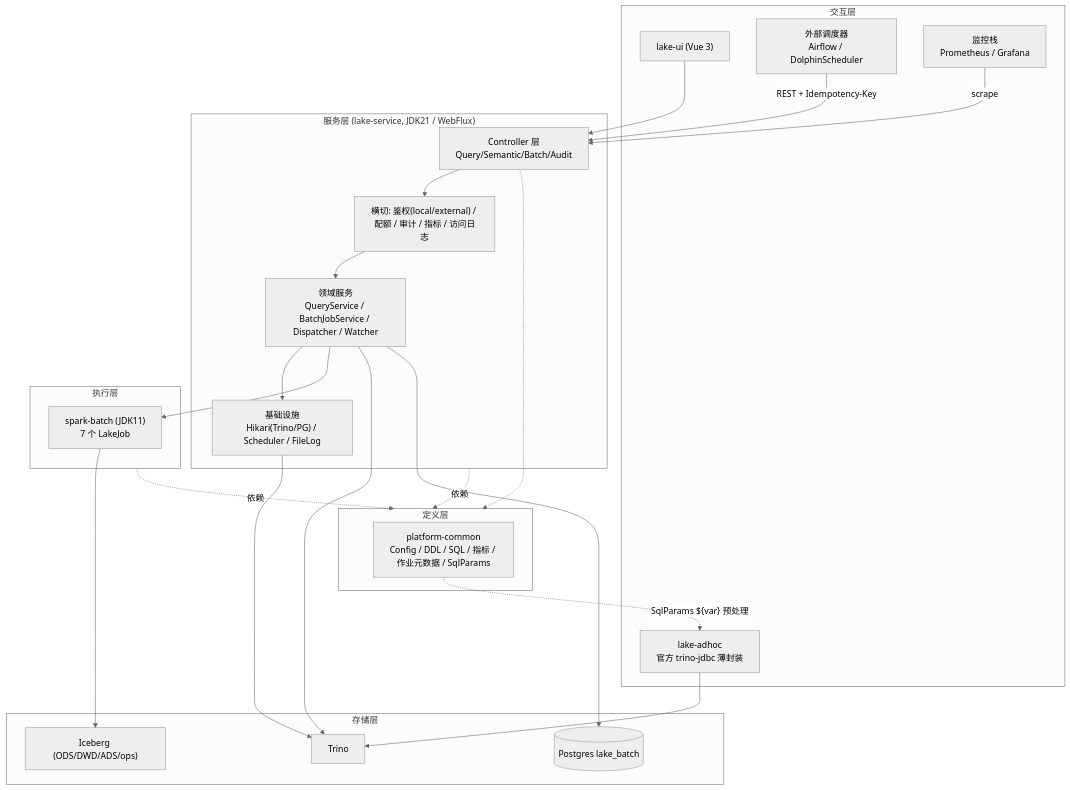
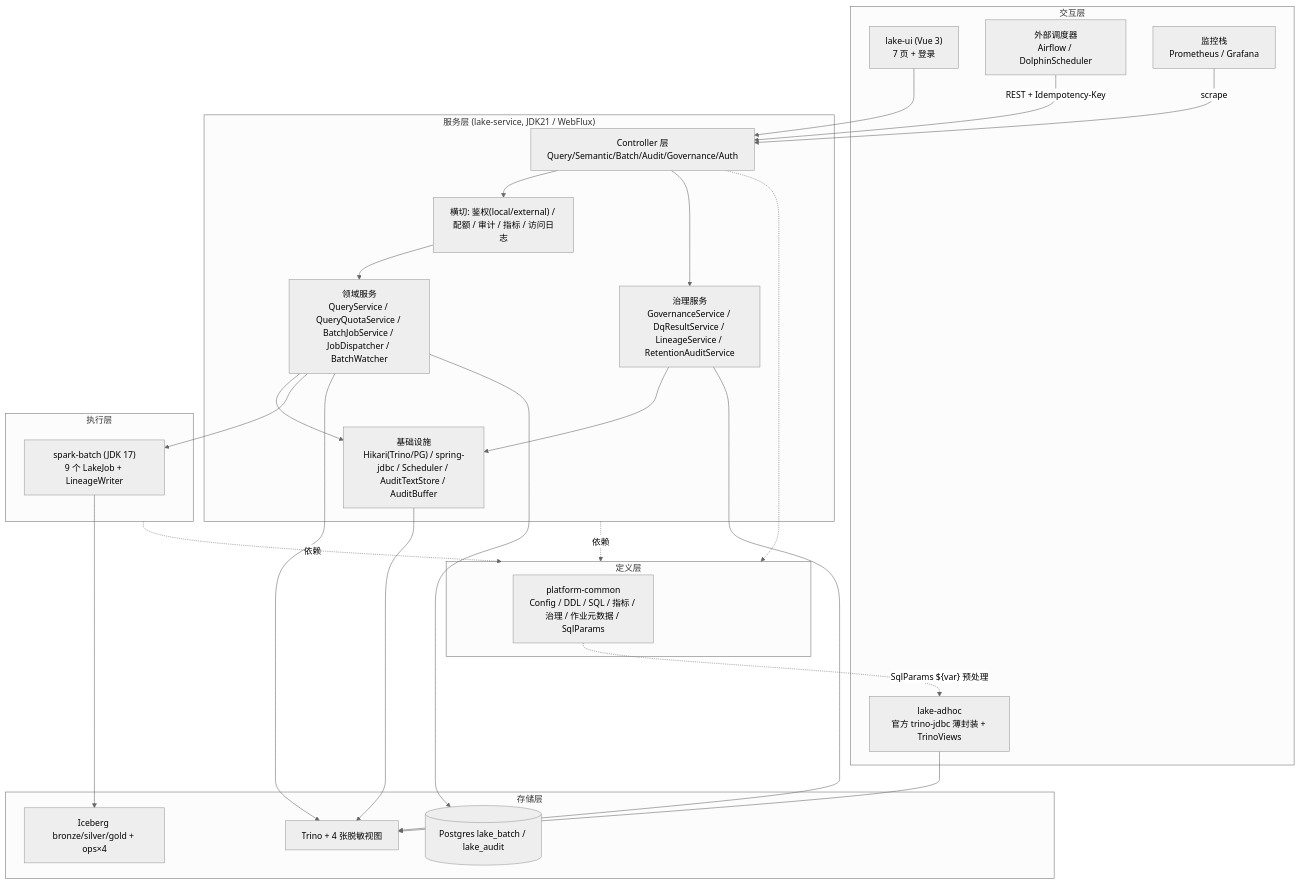
Before and after one commit to leishu/data-demo: the second of 13 diagrams in docs/lakehouse-demo/概要设计-lakehouse-demo.md, drawn with Mermaid (neutral theme). The commit also changed other lines of this file, not shown here.

````diff
--- a/docs/lakehouse-demo/概要设计-lakehouse-demo.md
+++ b/docs/lakehouse-demo/概要设计-lakehouse-demo.md
@@ -198,41 +199,44 @@
 ```mermaid
 graph TD
     subgraph L4["交互层"]
-        UI["lake-ui (Vue 3)"]
-        ADHOC["lake-adhoc<br/>官方 trino-jdbc 薄封装"]
+        UI["lake-ui (Vue 3)<br/>7 页 + 登录"]
+        ADHOC["lake-adhoc<br/>官方 trino-jdbc 薄封装 + TrinoViews"]
         SCHED["外部调度器<br/>Airflow / DolphinScheduler"]
         OBS["监控栈<br/>Prometheus / Grafana"]
     end
     subgraph L3["服务层 (lake-service, JDK21 / WebFlux)"]
-        CTRL["Controller 层<br/>Query/Semantic/Batch/Audit"]
+        CTRL["Controller 层<br/>Query/Semantic/Batch/Audit/Governance/Auth"]
         CROSS["横切: 鉴权(local/external) / 配额 / 审计 / 指标 / 访问日志"]
-        DOMAIN["领域服务<br/>QueryService / BatchJobService / Dispatcher / Watcher"]
-        INFRA["基础设施<br/>Hikari(Trino/PG) / Scheduler / FileLog"]
+        DOMAIN["领域服务<br/>QueryService / QueryQuotaService / BatchJobService / JobDispatcher / BatchWatcher"]
+        GOV["治理服务<br/>GovernanceService / DqResultService / LineageService / RetentionAuditService"]
+        INFRA["基础设施<br/>Hikari(Trino/PG) / spring-jdbc / Scheduler / AuditTextStore / AuditBuffer"]
     end
     subgraph L2["执行层"]
-        SPARK["spark-batch (JDK11)<br/>7 个 LakeJob"]
+        SPARK["spark-batch (JDK 17)<br/>9 个 LakeJob + LineageWriter"]
     end
     subgraph L1["定义层"]
-        COMMON["platform-common<br/>Config / DDL / SQL / 指标 / 作业元数据 / SqlParams"]
+        COMMON["platform-common<br/>Config / DDL / SQL / 指标 / 治理 / 作业元数据 / SqlParams"]
     end
     subgraph STORE["存储层"]
-        ICE["Iceberg (ODS/DWD/ADS/ops)"]
-        TRINO["Trino"]
-        PG[("Postgres lake_batch")]
+        ICE["Iceberg bronze/silver/gold + ops×4"]
+        TRINO["Trino + 4 张脱敏视图"]
+        PG[("Postgres lake_batch / lake_audit")]
     end
 
     UI --> CTRL
     SCHED -->|"REST + Idempotency-Key"| CTRL
     OBS -->|"scrape"| CTRL
     COMMON -.->|"SqlParams ${var} 预处理"| ADHOC
     ADHOC --> TRINO
     CTRL --> CROSS --> DOMAIN --> INFRA
+    CTRL --> GOV --> INFRA
     DOMAIN --> SPARK
     DOMAIN --> TRINO
     DOMAIN --> PG
+    GOV --> TRINO
     SPARK --> ICE
     INFRA --> TRINO
     L2 -.依赖.-> L1
     L3 -.依赖.-> L1
     CTRL -.-> L1
 ```
````
